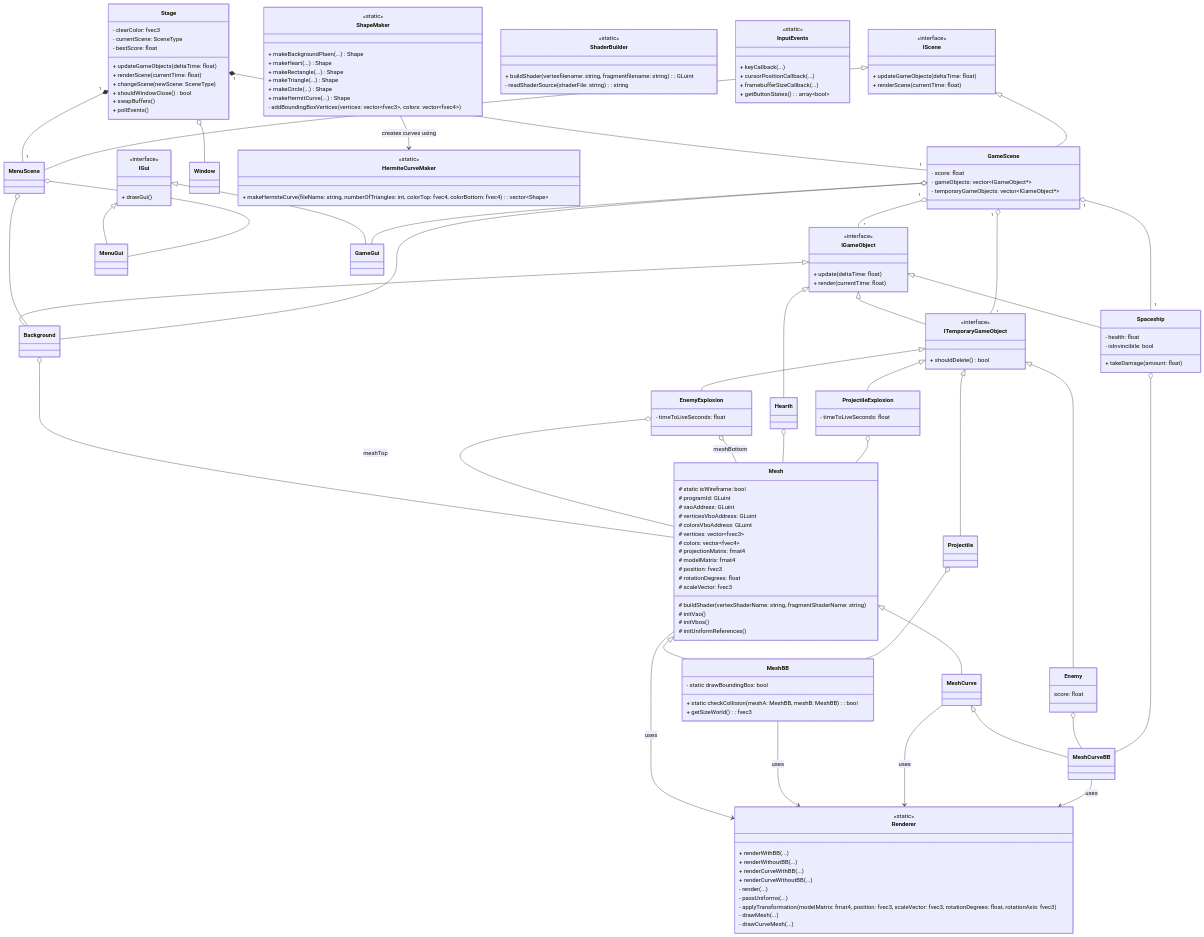
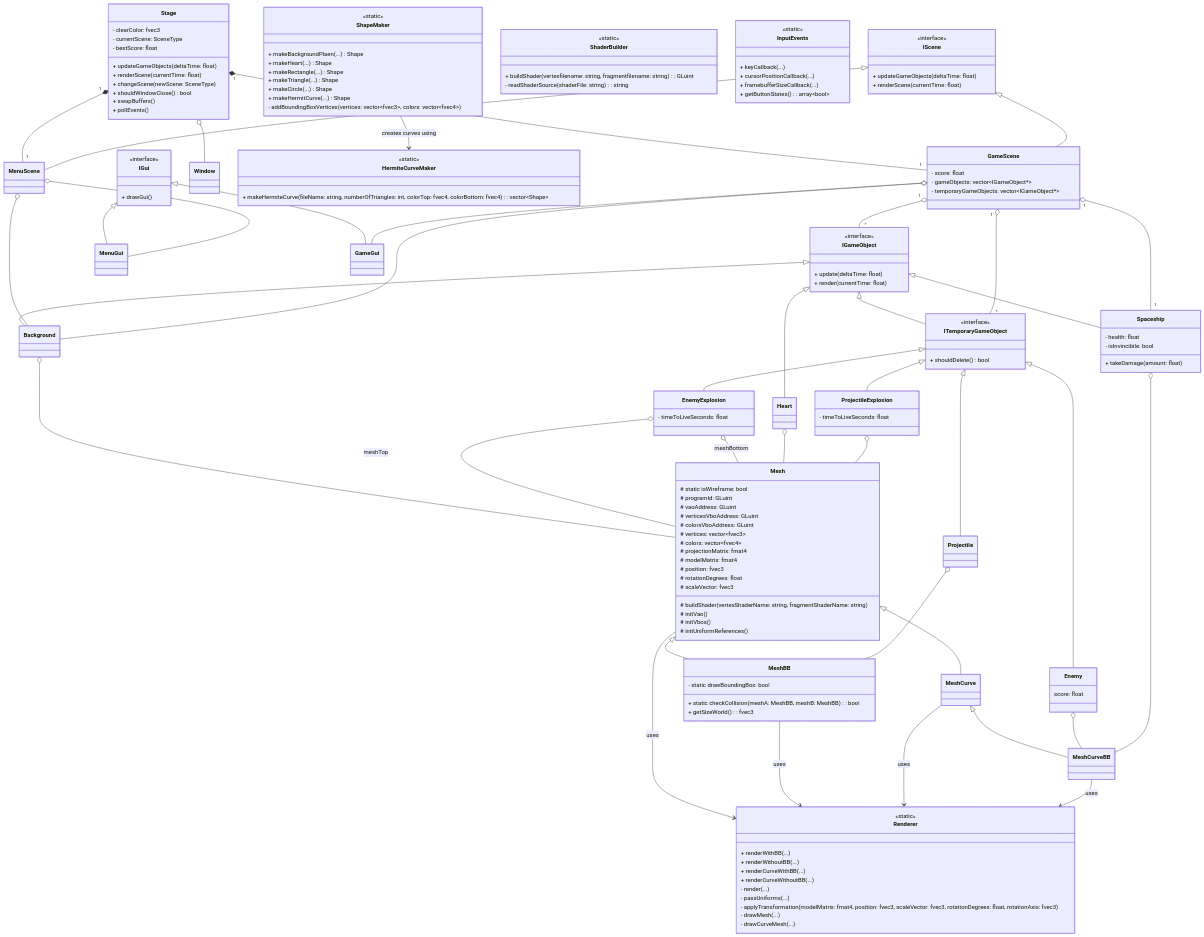
The diagram in classDiagramFinal.md (CarusoMatteo/Strikers), drawn with Mermaid before and after one commit. The commit also changed 1 other file, not shown here.

```diff
--- a/classDiagramFinal.md
+++ b/classDiagramFinal.md
@@ -98,7 +98,7 @@
 class Enemy {
 	score: float
 }
-class Hearth
+class Heart
 class Projectile
 class Spaceship {
 	- health: float
@@ -116,7 +116,7 @@
 }
 
 IGameObject <|-- Background
-IGameObject <|-- Hearth
+IGameObject <|-- Heart
 IGameObject <|-- Spaceship
 IGameObject <|-- ITemporaryGameObject
 ITemporaryGameObject <|-- Projectile
@@ -129,7 +129,7 @@
 %% Enemy <-- Parameters: uses parameters from
 EnemyExplosion o-- Mesh: meshTop
 EnemyExplosion o-- Mesh: meshBottom
-Hearth o-- Mesh
+Heart o-- Mesh
 Projectile o-- MeshBB
 ProjectileExplosion o-- Mesh
 Spaceship o-- MeshCurveBB
```
